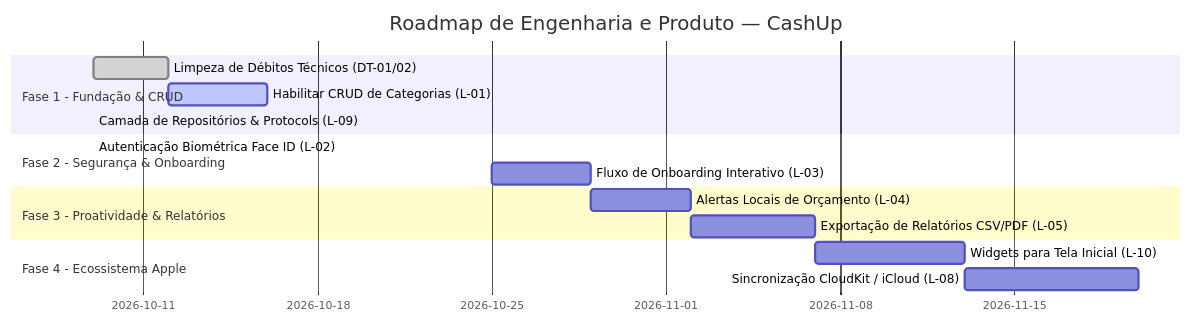
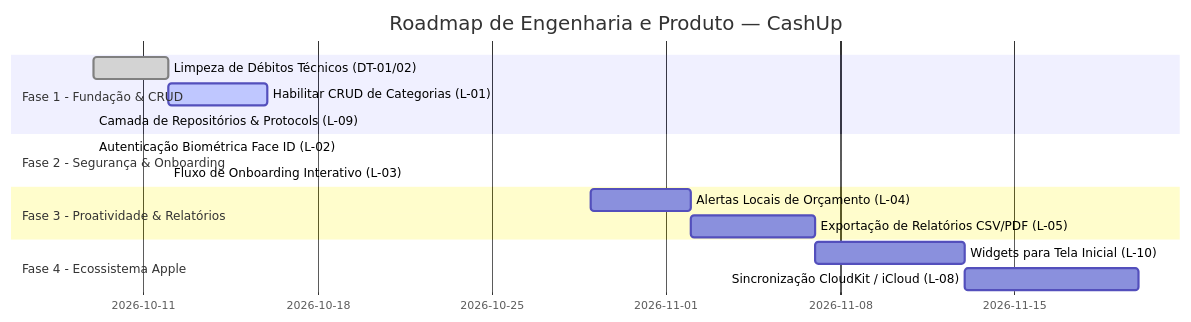
The diagram in docs/rules/gap_analysis_and_roadmap.md (gustavosouto02/CashUp-App00), drawn with Mermaid before and after one commit. The commit also changed other lines of this file and 18 other files, not shown here.

First line of the commit message:
feat(onboarding): implementa fluxo interativo com simulacoes motion e integracao biometrica

````diff
--- a/docs/rules/gap_analysis_and_roadmap.md
+++ b/docs/rules/gap_analysis_and_roadmap.md
@@ -97,18 +95,18 @@
 ```mermaid
 gantt
     title Roadmap de Engenharia e Produto — CashUp
     dateFormat  YYYY-MM-DD
     section Fase 1 - Fundação & CRUD
     Limpeza de Débitos Técnicos (DT-01/02) :done, p1, 2026-10-09, 3d
     Habilitar CRUD de Categorias (L-01)    :active, p2, 2026-10-12, 4d
     Camada de Repositórios & Protocols (L-09): done, p3, 2026-10-09, 2026-10-09
     section Fase 2 - Segurança & Onboarding
     Autenticação Biométrica Face ID (L-02) : done, p4, 2026-10-09, 2026-10-09
-    Fluxo de Onboarding Interativo (L-03)  : p5, 2026-10-25, 4d
+    Fluxo de Onboarding Interativo (L-03)  : done, p5, 2026-10-12, 2026-10-12
     section Fase 3 - Proatividade & Relatórios
     Alertas Locais de Orçamento (L-04)     : p6, 2026-10-29, 4d
     Exportação de Relatórios CSV/PDF (L-05): p7, 2026-11-02, 5d
     section Fase 4 - Ecossistema Apple
     Widgets para Tela Inicial (L-10)       : p8, 2026-11-07, 6d
     Sincronização CloudKit / iCloud (L-08) : p9, 2026-11-13, 7d
 ```
````
